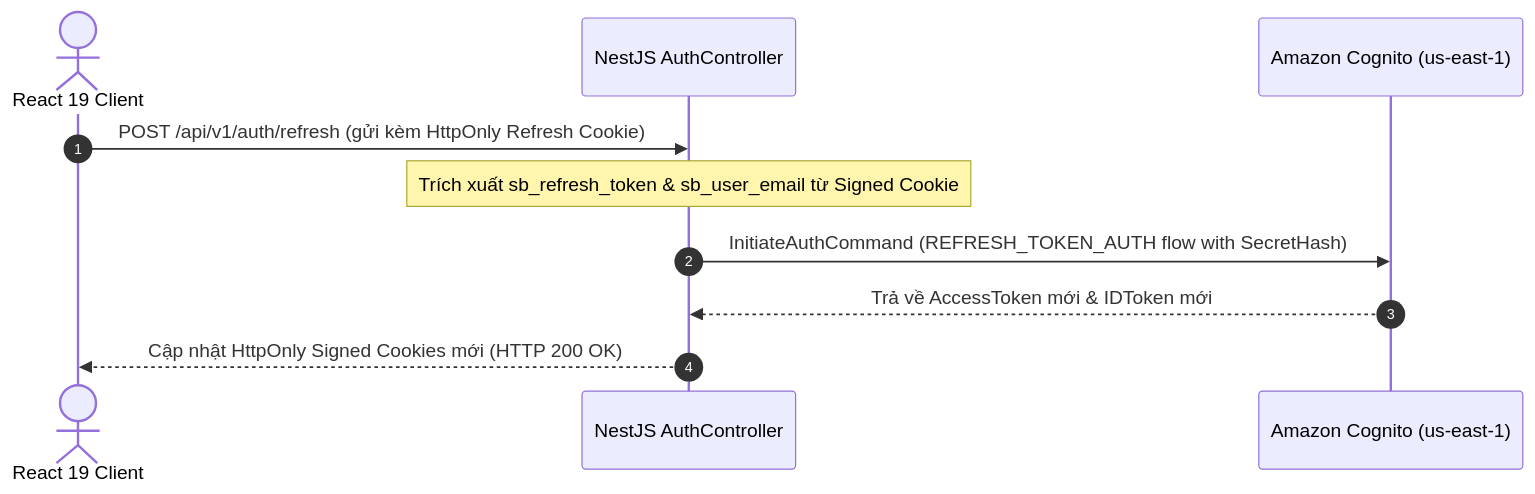
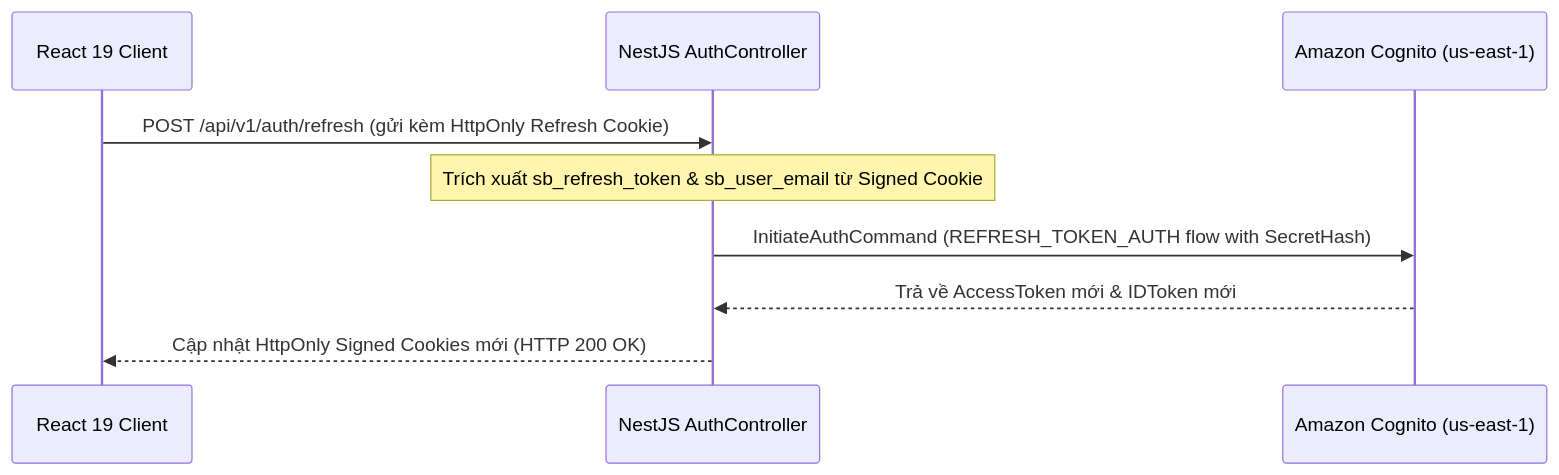
The diagram in content/3-BlogsPosted/3.3-Blog3/_index.vi.md (KelvinPhans/fcj-workshop), drawn with Mermaid before and after one commit. The commit also changed other lines of this file and 30 other files, not shown here.

Commit message:
docs: update PostgreSQL, technical blogs, diagrams and events

````diff
--- a/content/3-BlogsPosted/3.3-Blog3/_index.vi.md
+++ b/content/3-BlogsPosted/3.3-Blog3/_index.vi.md
@@ -58,13 +60,12 @@
-```mermaid
+{{< mermaid >}}
 sequenceDiagram
-    autonumber
-    actor User as React 19 Client
+    participant User as React 19 Client
     participant BE as NestJS AuthController
     participant Cog as Amazon Cognito (us-east-1)
 
     User->>BE: POST /api/v1/auth/refresh (gửi kèm HttpOnly Refresh Cookie)
     Note over BE: Trích xuất sb_refresh_token & sb_user_email từ Signed Cookie
     BE->>Cog: InitiateAuthCommand (REFRESH_TOKEN_AUTH flow with SecretHash)
     Cog-->>BE: Trả về AccessToken mới & IDToken mới
     BE-->>User: Cập nhật HttpOnly Signed Cookies mới (HTTP 200 OK)
-```
+{{< /mermaid >}}
````
